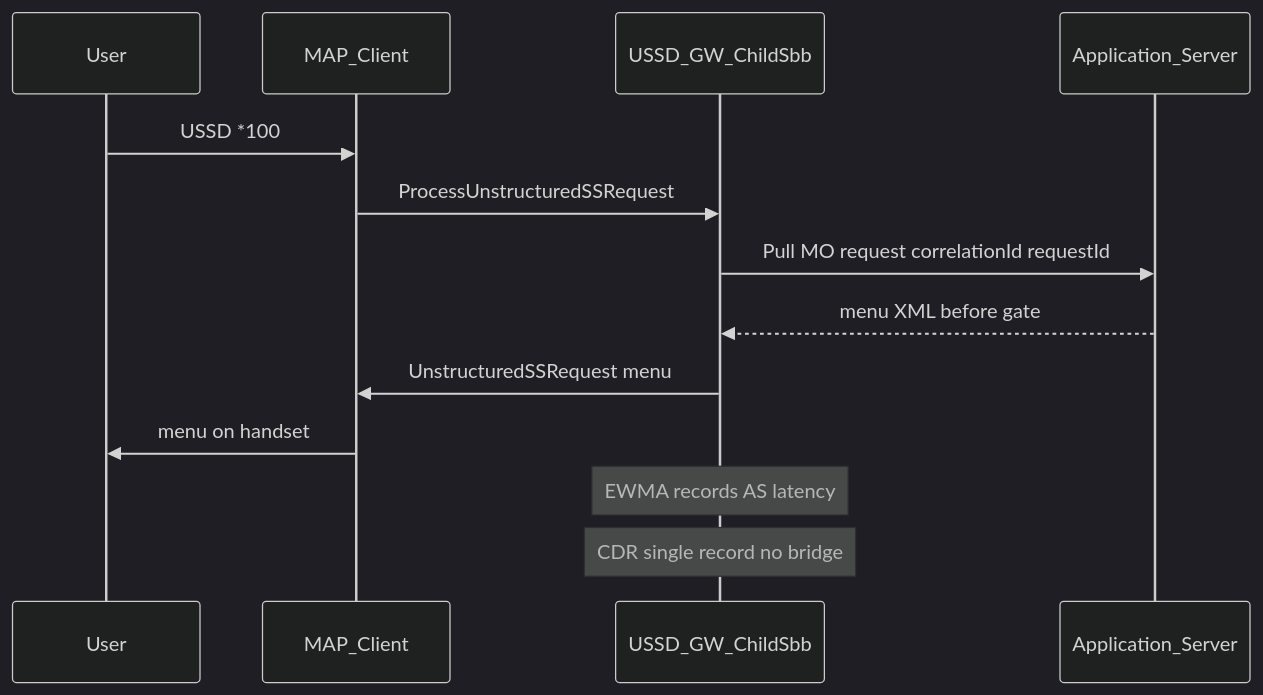
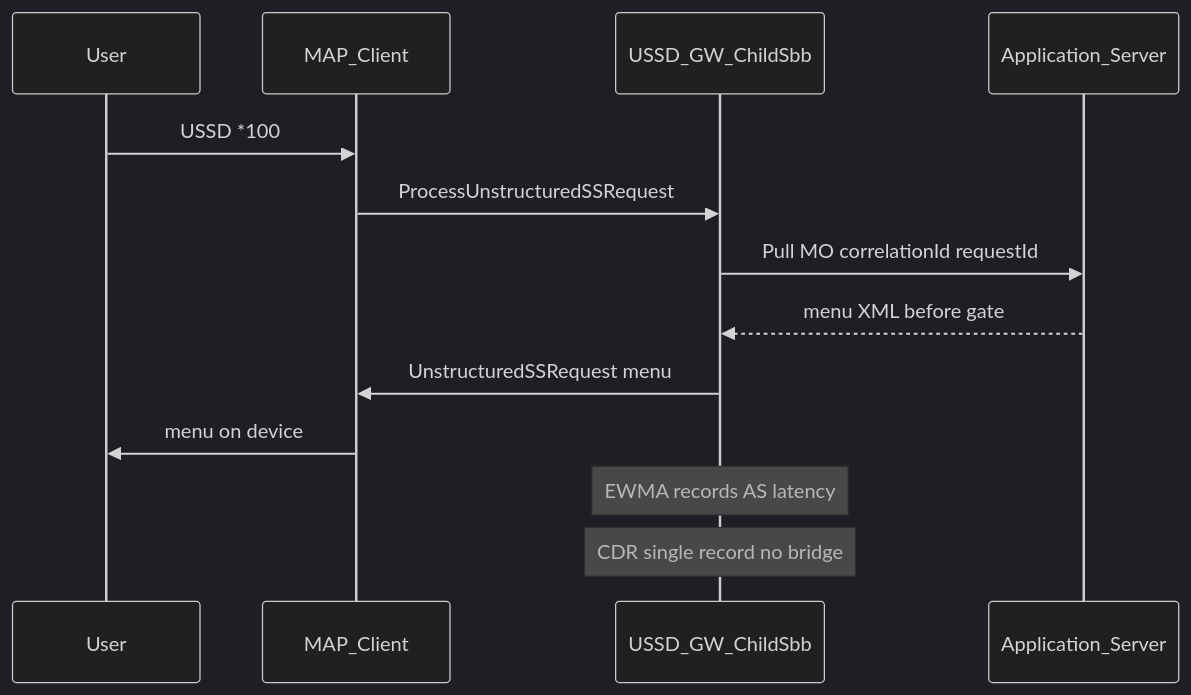
One commit to nhanth87/ussdgw changed the first of 4 diagrams in docs/e2e-grpc-ussd-test_en.md. Above: the diagram before and after it, drawn with Mermaid (dark theme). The commit also changed other lines of this file and 60 other files, not shown here.

````diff
--- a/docs/e2e-grpc-ussd-test_en.md
+++ b/docs/e2e-grpc-ussd-test_en.md
@@ -649,16 +1000,16 @@
 ```mermaid
 sequenceDiagram
   participant User
   participant MAP as MAP_Client
   participant GW as USSD_GW_ChildSbb
   participant AS as Application_Server
 
   User->>MAP: USSD *100#
   MAP->>GW: ProcessUnstructuredSSRequest
-  GW->>AS: Pull MO request correlationId requestId
+  GW->>AS: Pull MO correlationId requestId
   AS-->>GW: menu XML before gate
   GW->>MAP: UnstructuredSSRequest menu
-  MAP->>User: menu on handset
+  MAP->>User: menu on device
   Note over GW: EWMA records AS latency
   Note over GW: CDR single record no bridge
 ```
````
